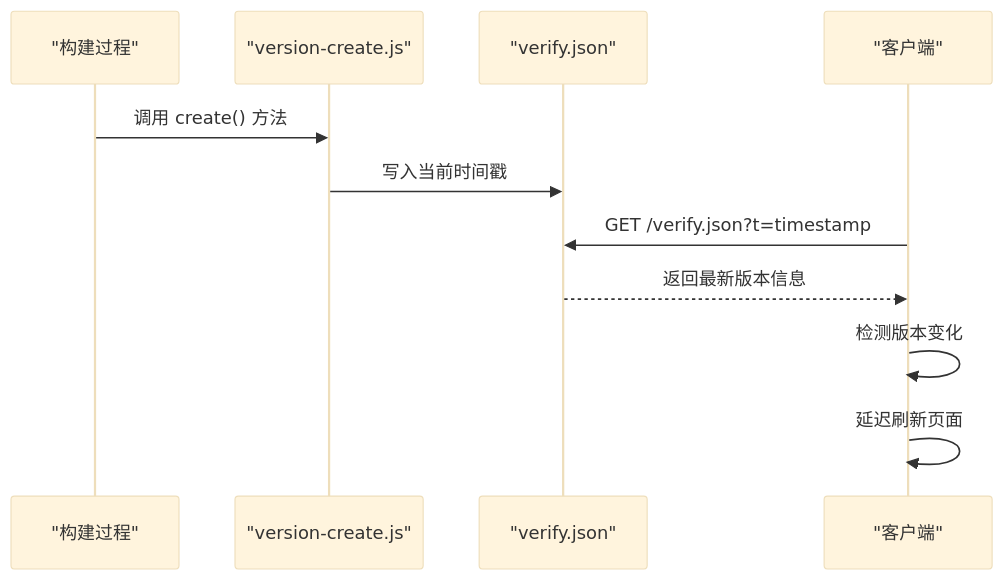
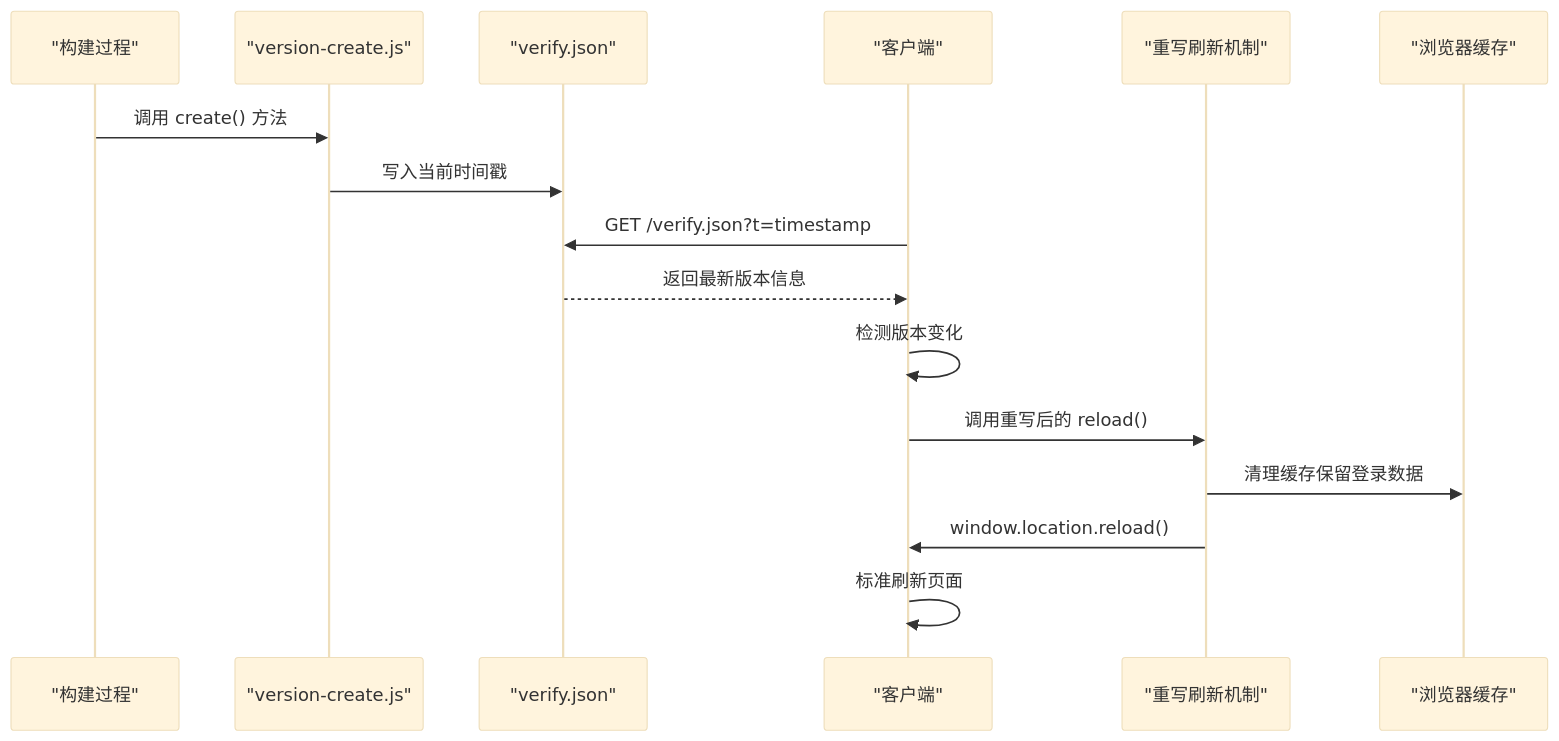
One commit to TinyMaD/SpeedRunnersLab changed the ninth of 15 diagrams in .qoder/repowiki/zh/content/前端应用/构建部署/前端构建配置.md. Above: the diagram before and after it, drawn with Mermaid (base theme). The commit also changed other lines of this file and 33 other files, not shown here.

````diff
--- a/.qoder/repowiki/zh/content/前端应用/构建部署/前端构建配置.md
+++ b/.qoder/repowiki/zh/content/前端应用/构建部署/前端构建配置.md
@@ -338,13 +351,18 @@
 ```mermaid
 sequenceDiagram
 participant BUILD as "构建过程"
 participant VERCREATE as "version-create.js"
 participant VERIFY as "verify.json"
 participant CLIENT as "客户端"
+participant RELOAD as "重写刷新机制"
+participant CACHE as "浏览器缓存"
 BUILD->>VERCREATE : 调用 create() 方法
 VERCREATE->>VERIFY : 写入当前时间戳
 CLIENT->>VERIFY : GET /verify.json?t=timestamp
 VERIFY-->>CLIENT : 返回最新版本信息
 CLIENT->>CLIENT : 检测版本变化
-CLIENT->>CLIENT : 延迟刷新页面
+CLIENT->>RELOAD : 调用重写后的 reload()
+RELOAD->>CACHE : 清理缓存保留登录数据
+RELOAD->>CLIENT : window.location.reload()
+CLIENT->>CLIENT : 标准刷新页面
 ```
````
